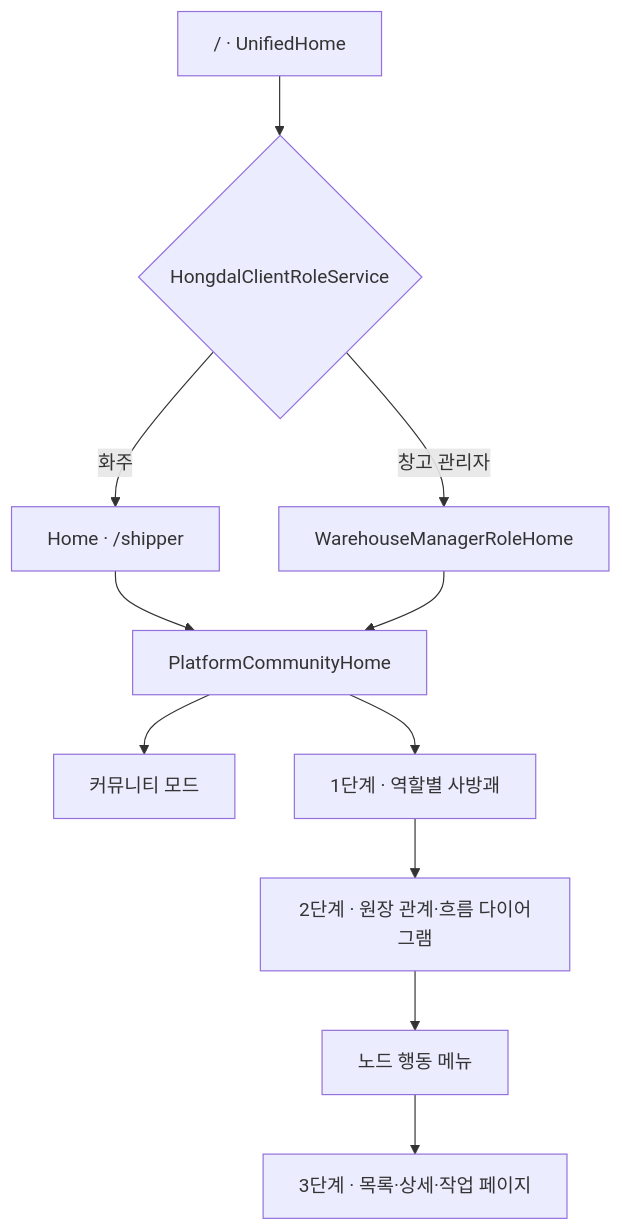
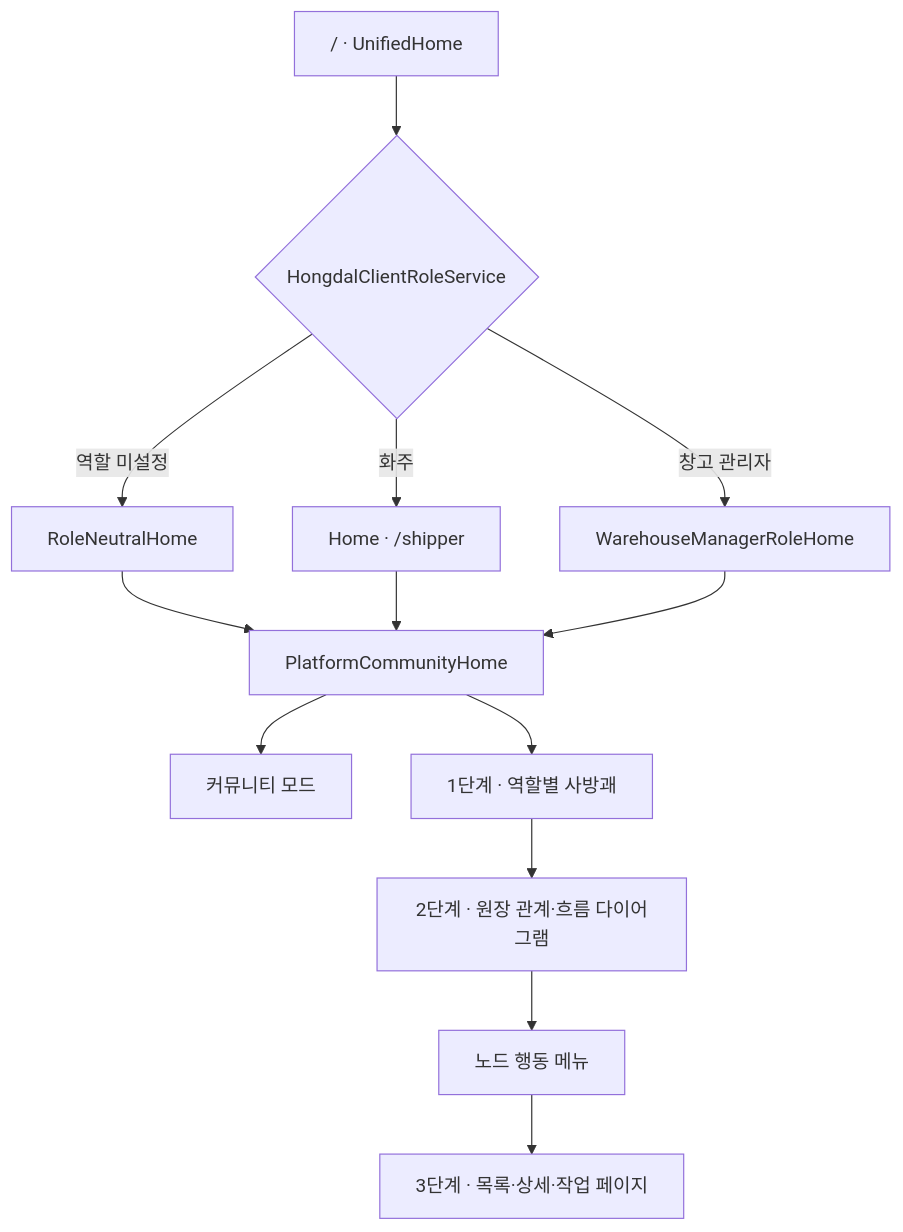
The diagram in docs/Architecture/PlatformHomeMode.md (cheolwo/hongdal), drawn with Mermaid before and after one commit. The commit also changed other lines of this file and 38 other files, not shown here.

````diff
--- a/docs/Architecture/PlatformHomeMode.md
+++ b/docs/Architecture/PlatformHomeMode.md
@@ -7,13 +7,15 @@
 ```mermaid
 flowchart TD
     A["/ · UnifiedHome"] --> B{"HongdalClientRoleService"}
+    B -->|역할 미설정| N["RoleNeutralHome"]
     B -->|화주| C["Home · /shipper"]
     B -->|창고 관리자| D["WarehouseManagerRoleHome"]
+    N --> E["PlatformCommunityHome"]
     C --> E["PlatformCommunityHome"]
     D --> E
     E --> F["커뮤니티 모드"]
     E --> G["1단계 · 역할별 사방괘"]
     G --> H["2단계 · 원장 관계·흐름 다이어그램"]
     H --> I["노드 행동 메뉴"]
     I --> J["3단계 · 목록·상세·작업 페이지"]
 ```
````
